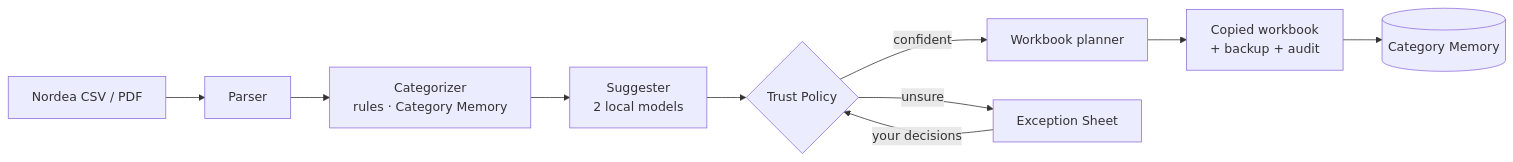
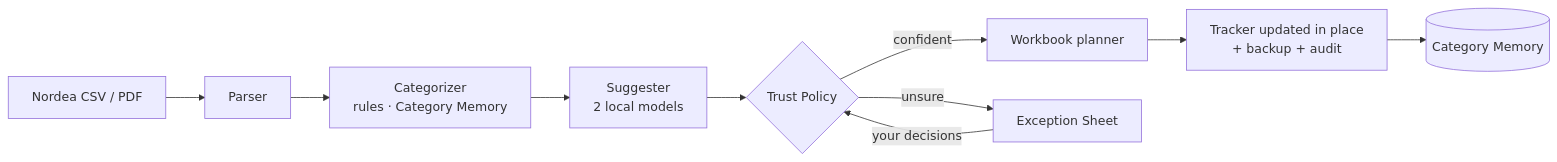
Before and after one commit to EricleungDK/personalwealthtracker: the diagram in README.md, drawn with Mermaid. The commit also changed other lines of this file and 19 other files, not shown here.

First line of the commit message:
fix(commit): update tracker in place so months accumulate

````diff
--- a/README.md
+++ b/README.md
@@ -70,12 +70,12 @@
 ```mermaid
 flowchart LR
   CSV[Nordea CSV / PDF] --> P[Parser]
   P --> C[Categorizer<br/>rules · Category Memory]
   C --> S[Suggester<br/>2 local models]
   S --> T{Trust Policy}
   T -->|confident| W[Workbook planner]
   T -->|unsure| X[Exception Sheet]
   X -->|your decisions| T
-  W --> O[Copied workbook<br/>+ backup + audit]
+  W --> O[Tracker updated in place<br/>+ backup + audit]
   O --> M[(Category Memory)]
 ```
````
